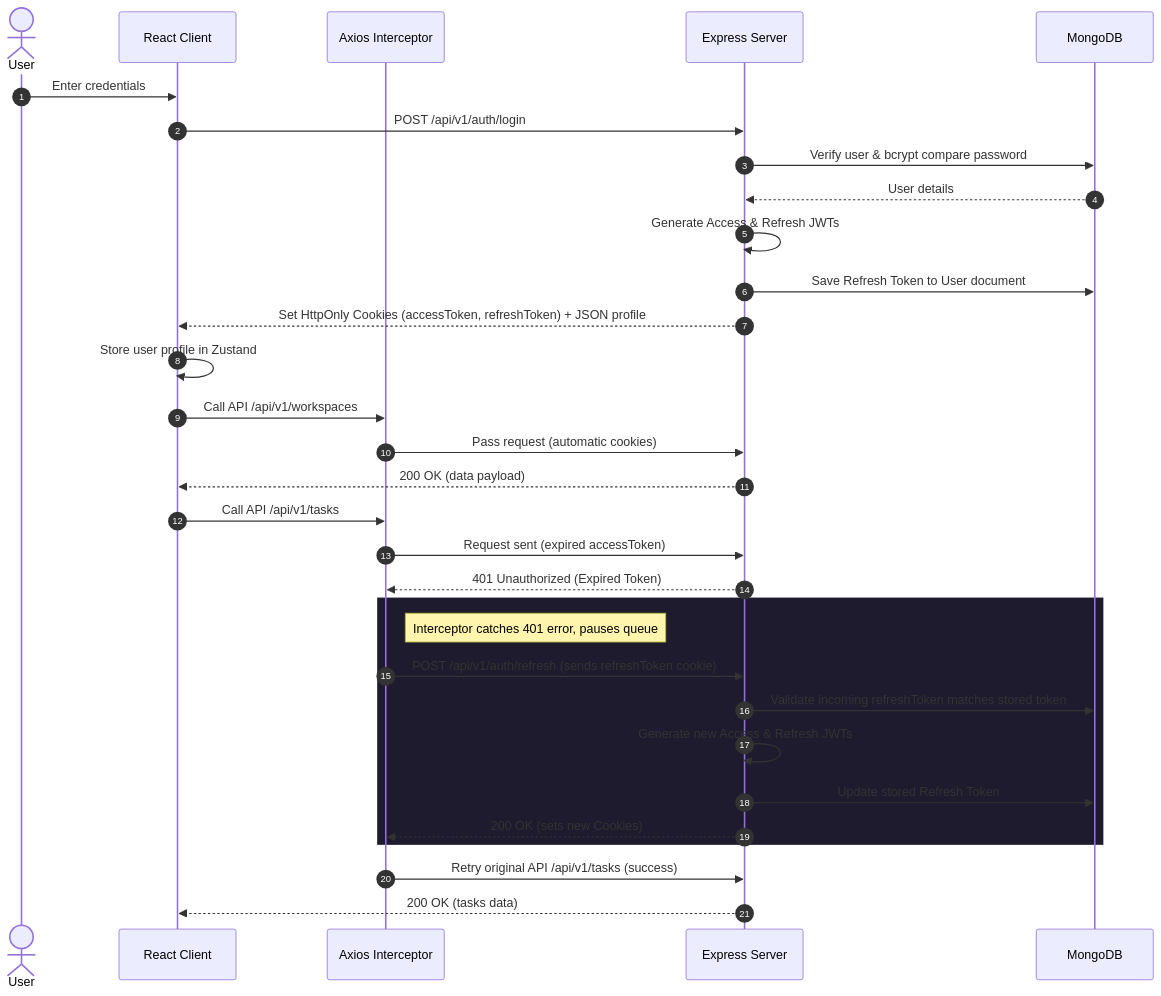
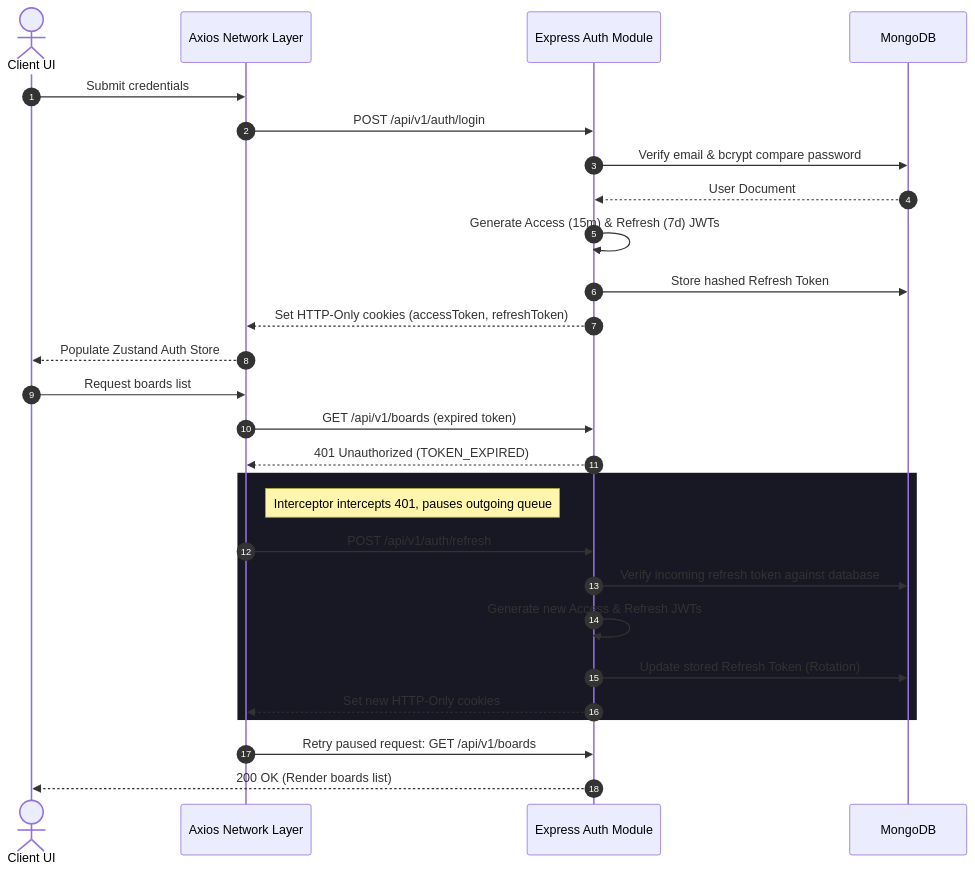
The first of 2 diagrams in README.md (pratika719/CollabSphere), drawn with Mermaid before and after one commit. The commit also changed other lines of this file, not shown here.

````diff
--- a/README.md
+++ b/README.md
@@ -15,41 +46,35 @@
 ```mermaid
 sequenceDiagram
     autonumber
-    actor User
-    participant Frontend as React Client
-    participant Interceptor as Axios Interceptor
-    participant Backend as Express Server
+    actor User as Client UI
+    participant Interceptor as Axios Network Layer
+    participant Backend as Express Auth Module
     participant DB as MongoDB
 
-    %% Registration / Login
-    User->>Frontend: Enter credentials
-    Frontend->>Backend: POST /api/v1/auth/login
-    Backend->>DB: Verify user & bcrypt compare password
-    DB-->>Backend: User details
-    Backend->>Backend: Generate Access & Refresh JWTs
-    Backend->>DB: Save Refresh Token to User document
-    Backend-->>Frontend: Set HttpOnly Cookies (accessToken, refreshToken) + JSON profile
-    Frontend->>Frontend: Store user profile in Zustand
+    %% User Signs In
+    User->>Interceptor: Submit credentials
+    Interceptor->>Backend: POST /api/v1/auth/login
+    Backend->>DB: Verify email & bcrypt compare password
+    DB-->>Backend: User Document
+    Backend->>Backend: Generate Access (15m) & Refresh (7d) JWTs
+    Backend->>DB: Store hashed Refresh Token
+    Backend-->>Interceptor: Set HTTP-Only cookies (accessToken, refreshToken)
+    Interceptor-->>User: Populate Zustand Auth Store
 
-    %% Normal API Call
-    Frontend->>Interceptor: Call API /api/v1/workspaces
-    Interceptor->>Backend: Pass request (automatic cookies)
-    Backend-->>Frontend: 200 OK (data payload)
-
-    %% Access Token Expiration & Silent Refresh
-    Frontend->>Interceptor: Call API /api/v1/tasks
-    Interceptor->>Backend: Request sent (expired accessToken)
-    Backend-->>Interceptor: 401 Unauthorized (Expired Token)
+    %% Access Token Expiry Catch
+    User->>Interceptor: Request boards list
+    Interceptor->>Backend: GET /api/v1/boards (expired token)
+    Backend-->>Interceptor: 401 Unauthorized (TOKEN_EXPIRED)
     
-    rect rgb(30, 27, 46)
-        note right of Interceptor: Interceptor catches 401 error, pauses queue
-        Interceptor->>Backend: POST /api/v1/auth/refresh (sends refreshToken cookie)
-        Backend->>DB: Validate incoming refreshToken matches stored token
+    rect rgb(24, 24, 37)
+        note right of Interceptor: Interceptor intercepts 401, pauses outgoing queue
+        Interceptor->>Backend: POST /api/v1/auth/refresh
+        Backend->>DB: Verify incoming refresh token against database
         Backend->>Backend: Generate new Access & Refresh JWTs
-        Backend->>DB: Update stored Refresh Token
-        Backend-->>Interceptor: 200 OK (sets new Cookies)
+        Backend->>DB: Update stored Refresh Token (Rotation)
+        Backend-->>Interceptor: Set new HTTP-Only cookies
     end
     
-    Interceptor->>Backend: Retry original API /api/v1/tasks (success)
-    Backend-->>Frontend: 200 OK (tasks data)
+    Interceptor->>Backend: Retry paused request: GET /api/v1/boards
+    Backend-->>User: 200 OK (Render boards list)
 ```
````
